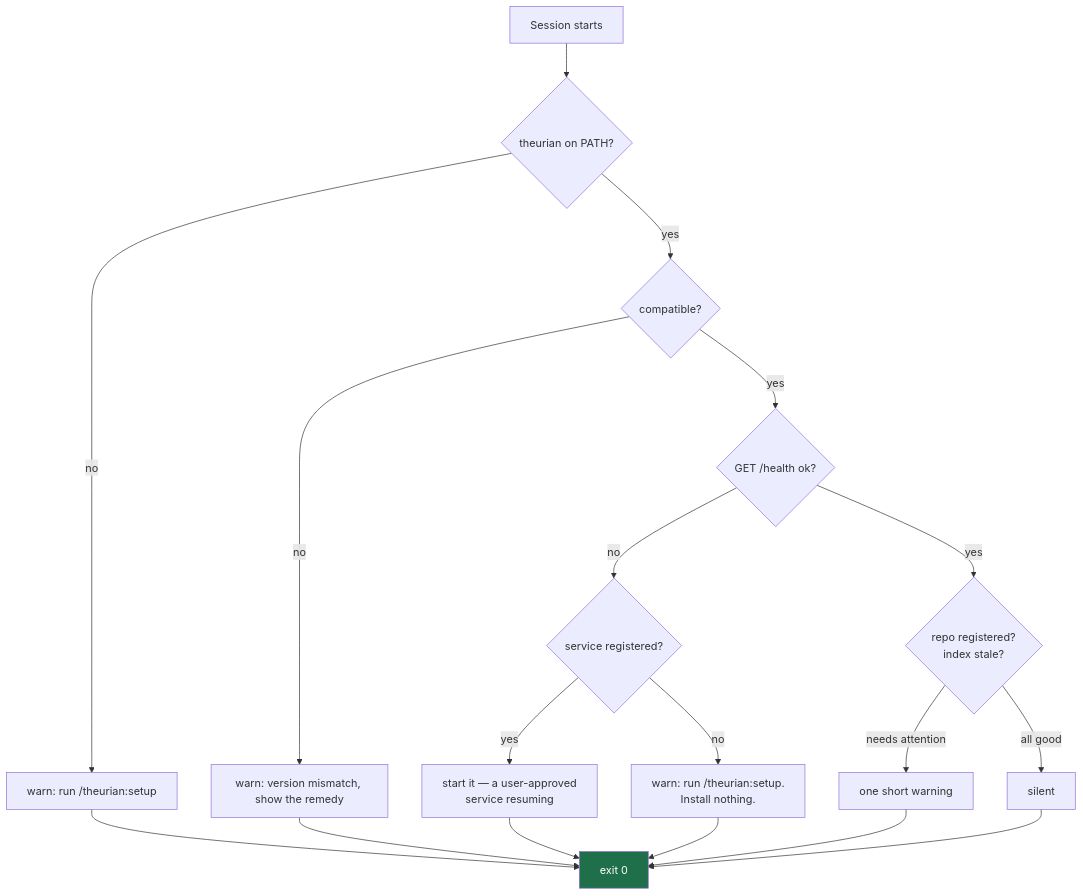
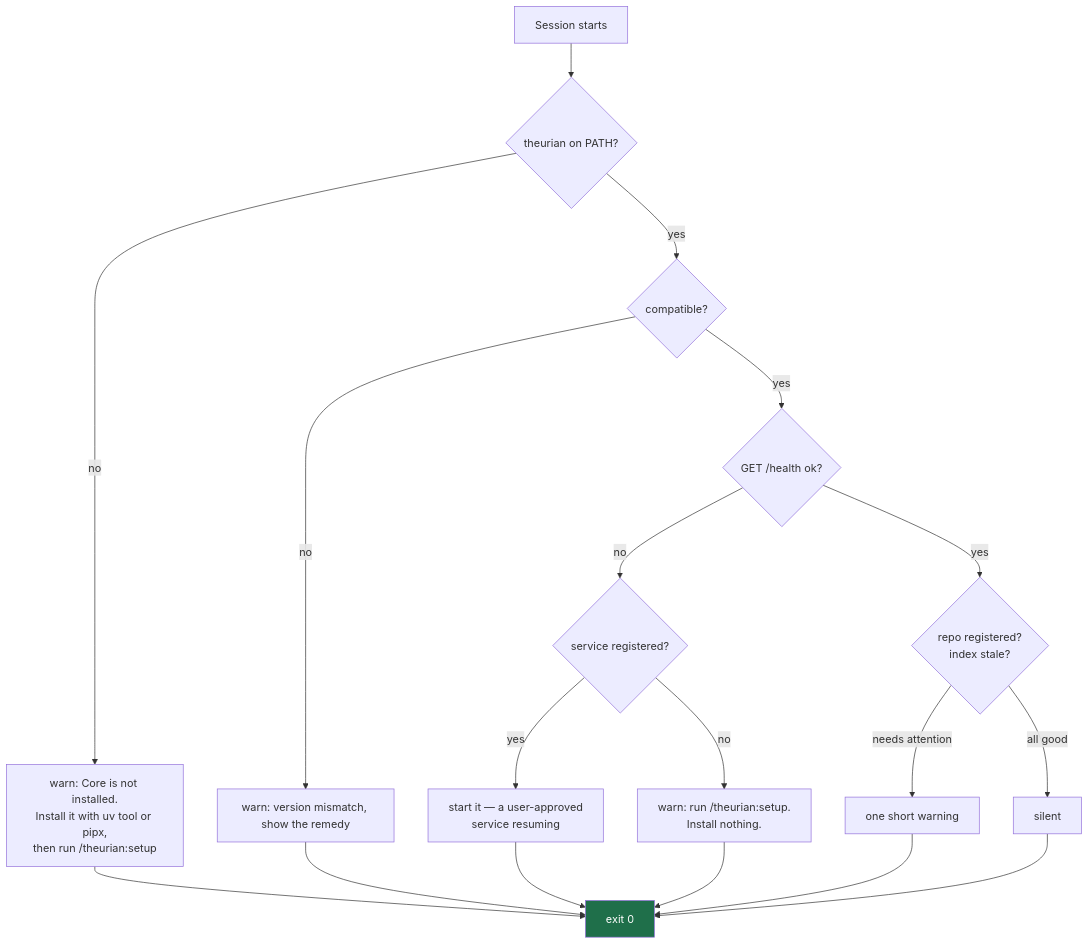
Before and after one commit to theurian/theurian: the third of 3 diagrams in docs/integrations/claude-code.md, drawn with Mermaid. The commit also changed other lines of this file and 3 other files, not shown here.

````diff
--- a/docs/integrations/claude-code.md
+++ b/docs/integrations/claude-code.md
@@ -98,16 +98,16 @@
 ```mermaid
 flowchart TD
     S["Session starts"] --> A{"theurian on PATH?"}
-    A -->|no| W1["warn: run /theurian:setup"] --> Z["exit 0"]
+    A -->|no| W1["warn: Core is not installed.<br/>Install it with uv tool or pipx,<br/>then run /theurian:setup"] --> Z["exit 0"]
     A -->|yes| B{"compatible?"}
     B -->|no| W2["warn: version mismatch, show the remedy"] --> Z
     B -->|yes| C{"GET /health ok?"}
     C -->|no| D{"service registered?"}
     D -->|yes| E["start it — a user-approved<br/>service resuming"] --> Z
     D -->|no| W3["warn: run /theurian:setup.<br/>Install nothing."] --> Z
     C -->|yes| F{"repo registered?<br/>index stale?"}
     F -->|needs attention| W4["one short warning"] --> Z
     F -->|all good| Z2["silent"] --> Z
 
     style Z fill:#1f6f4a,color:#fff
 ```
````
